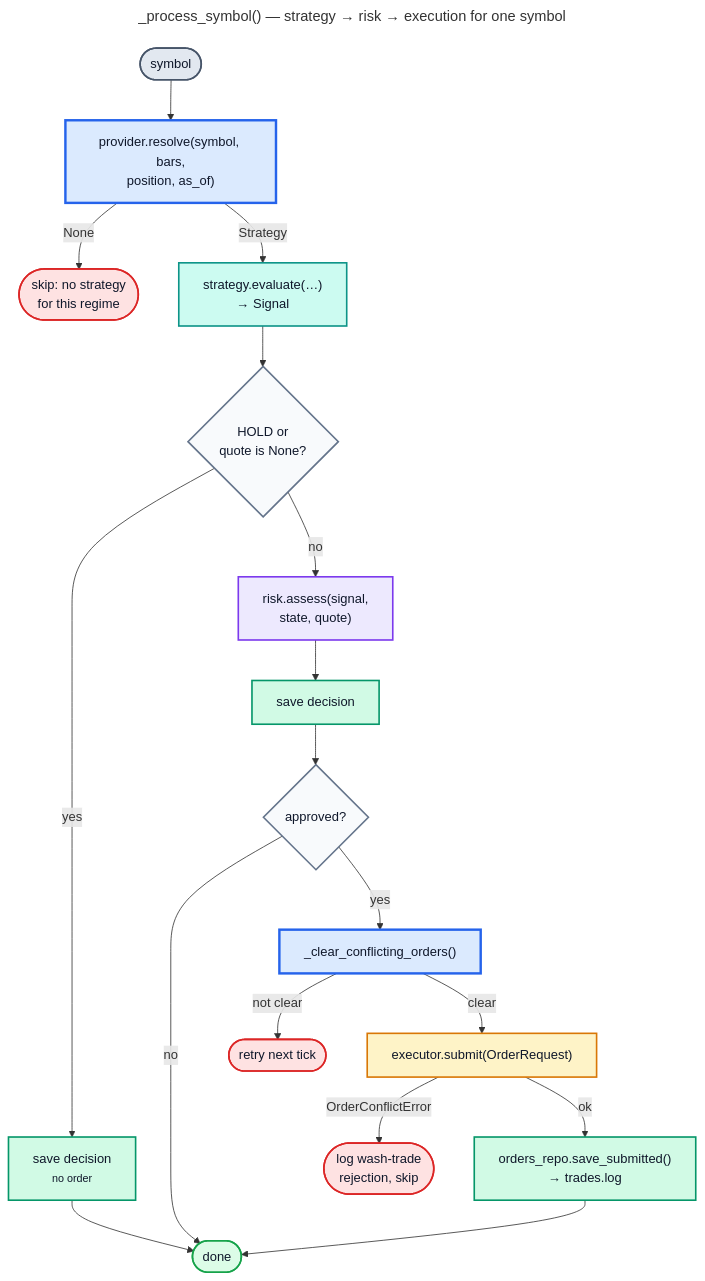
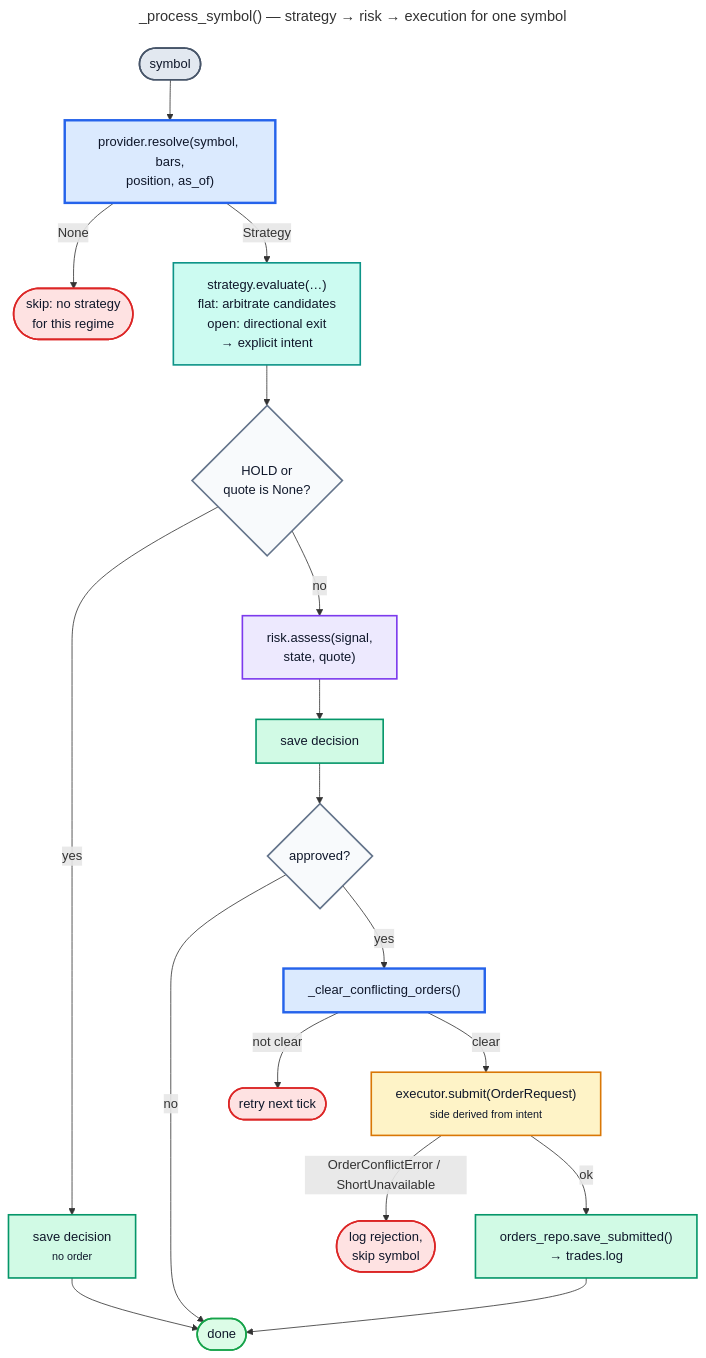
The diagram in .claude/architecture/diagrams/engine-process-symbol.mmd (pasTa4667/carcharoth), drawn with Mermaid before and after one commit. The commit also changed 61 other files, not shown here.

```diff
--- a/.claude/architecture/diagrams/engine-process-symbol.mmd
+++ b/.claude/architecture/diagrams/engine-process-symbol.mmd
@@ -1,30 +1,30 @@
 ---
 title: _process_symbol() — strategy → risk → execution for one symbol
 ---
 flowchart TD
     S([symbol]):::entry --> RES["provider.resolve(symbol, bars,<br/>position, as_of)"]:::engine
     RES -- "None" --> SKIP([skip: no strategy<br/>for this regime]):::stop
-    RES -- Strategy --> EVAL["strategy.evaluate(…)<br/>→ Signal"]:::logic
+    RES -- Strategy --> EVAL["strategy.evaluate(…)<br/>flat: arbitrate candidates<br/>open: directional exit<br/>→ explicit intent"]:::logic
     EVAL --> HOLD{"HOLD or<br/>quote is None?"}:::decision
     HOLD -- yes --> SAVE1["save decision<br/><small>no order</small>"]:::db
     SAVE1 --> DONE([done]):::done
     HOLD -- no --> RISK["risk.assess(signal,<br/>state, quote)"]:::risk
     RISK --> SAVE2["save decision"]:::db
     SAVE2 --> APP{"approved?"}:::decision
     APP -- no --> DONE
     APP -- yes --> CLR["_clear_conflicting_orders()"]:::engine
     CLR -- "not clear" --> RETRY([retry next tick]):::stop
-    CLR -- clear --> SUB["executor.submit(OrderRequest)"]:::io
-    SUB -- "OrderConflictError" --> WASH([log wash-trade<br/>rejection, skip]):::stop
+    CLR -- clear --> SUB["executor.submit(OrderRequest)<br/><small>side derived from intent</small>"]:::io
+    SUB -- "OrderConflictError / ShortUnavailable" --> WASH([log rejection,<br/>skip symbol]):::stop
     SUB -- ok --> SAVE3["orders_repo.save_submitted()<br/>→ trades.log"]:::db
     SAVE3 --> DONE
 
     classDef entry fill:#e2e8f0,stroke:#475569,stroke-width:2px,color:#0f172a
     classDef engine fill:#dbeafe,stroke:#2563eb,stroke-width:3px,color:#0f172a
     classDef logic fill:#ccfbf1,stroke:#0d9488,stroke-width:2px,color:#0f172a
     classDef risk fill:#ede9fe,stroke:#7c3aed,stroke-width:2px,color:#0f172a
     classDef io fill:#fef3c7,stroke:#d97706,stroke-width:2px,color:#0f172a
     classDef db fill:#d1fae5,stroke:#059669,stroke-width:2px,color:#0f172a
     classDef decision fill:#f8fafc,stroke:#64748b,stroke-width:2px,color:#0f172a
     classDef stop fill:#fee2e2,stroke:#dc2626,stroke-width:2px,color:#0f172a
     classDef done fill:#dcfce7,stroke:#16a34a,stroke-width:2px,color:#0f172a
```
